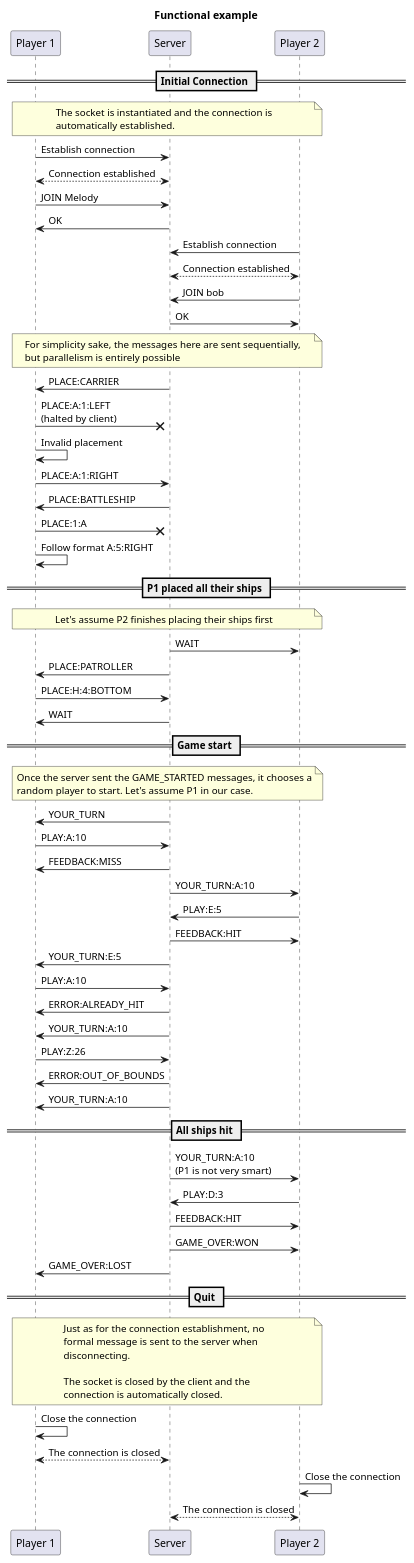
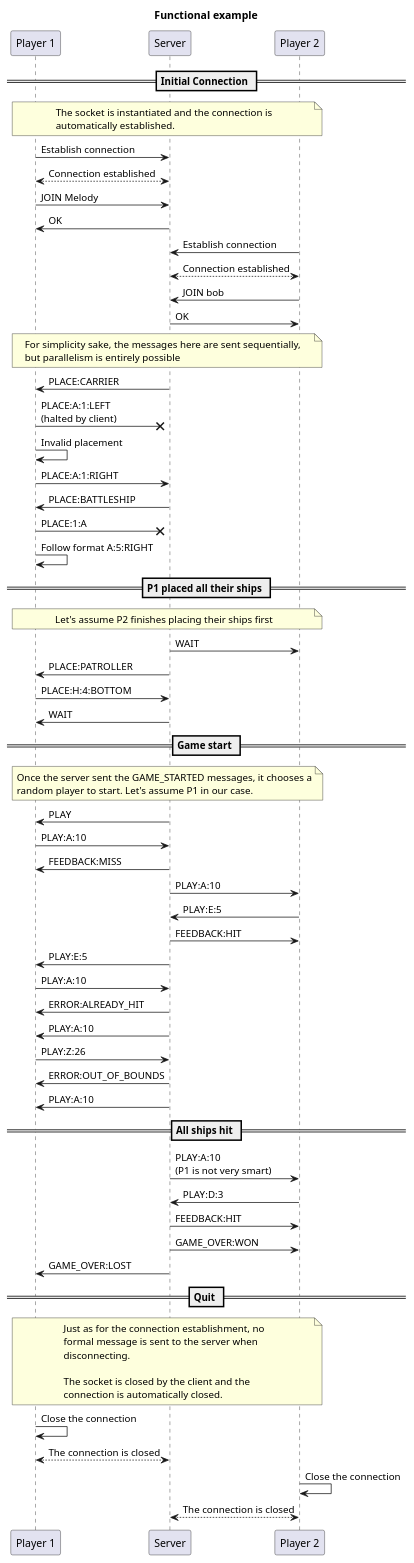
Before and after one commit to Dylan-Langumier/DAI-Practical-Work-2: the diagram in sequence.puml, drawn with PlantUML. The commit also changed 1 other file, not shown here.

Commit message:
Update sequence diagram with correct commands

```diff
--- a/sequence.puml
+++ b/sequence.puml
@@ -1,91 +1,91 @@
 @startuml functional-example
 
 title "Functional example"
 participant "Player 1" as p1
 participant "Server" as s
 participant "Player 2" as p2
 
 == Initial Connection ==
 
 note over p1, p2
 The socket is instantiated and the connection is
 automatically established.
 end note
 
 p1->s : Establish connection
 p1<-->s : Connection established
 
 p1->s: JOIN Melody
 s->p1: OK
 
 p2->s : Establish connection
 p2<-->s : Connection established
 
 p2->s: JOIN bob
 s->p2: OK
 
 note over p1, p2
 For simplicity sake, the messages here are sent sequentially, 
 but parallelism is entirely possible
 end note 
 s->p1: PLACE:CARRIER
 p1 ->x s: PLACE:A:1:LEFT\n(halted by client)
 p1 -> p1: Invalid placement
 p1 -> s: PLACE:A:1:RIGHT
 s -> p1: PLACE:BATTLESHIP
 p1 ->x s: PLACE:1:A
 p1 -> p1: Follow format A:5:RIGHT
 == P1 placed all their ships ==
 note over p1, p2
 Let's assume P2 finishes placing their ships first
 end note
 s -> p2: WAIT
 s -> p1: PLACE:PATROLLER
 p1 -> s: PLACE:H:4:BOTTOM
 s -> p1: WAIT
 
 == Game start ==
 note over p1, p2
 Once the server sent the GAME_STARTED messages, it chooses a
 random player to start. Let's assume P1 in our case.
 end note
 
-s->p1: YOUR_TURN
+s->p1: PLAY
 p1->s: PLAY:A:10
 s->p1: FEEDBACK:MISS
 
-s->p2: YOUR_TURN:A:10
+s->p2: PLAY:A:10
 p2->s: PLAY:E:5
 s->p2: FEEDBACK:HIT
 
-s->p1: YOUR_TURN:E:5
+s->p1: PLAY:E:5
 p1->s: PLAY:A:10
 s->p1: ERROR:ALREADY_HIT
-s->p1: YOUR_TURN:A:10
+s->p1: PLAY:A:10
 p1->s: PLAY:Z:26
 s->p1: ERROR:OUT_OF_BOUNDS
-s->p1: YOUR_TURN:A:10
+s->p1: PLAY:A:10
 
 == All ships hit ==
-s->p2: YOUR_TURN:A:10 \n(P1 is not very smart)
+s->p2: PLAY:A:10 \n(P1 is not very smart)
 p2->s: PLAY:D:3
 s->p2: FEEDBACK:HIT
 s->p2: GAME_OVER:WON
 s->p1: GAME_OVER:LOST
 
 == Quit ==
 note over p1, p2
 Just as for the connection establishment, no
 formal message is sent to the server when
 disconnecting.
 
 The socket is closed by the client and the
 connection is automatically closed.
 end note
 
 p1->p1: Close the connection
 p1<-->s: The connection is closed
 
 p2->p2: Close the connection
 p2<-->s: The connection is closed
 @enduml
```
